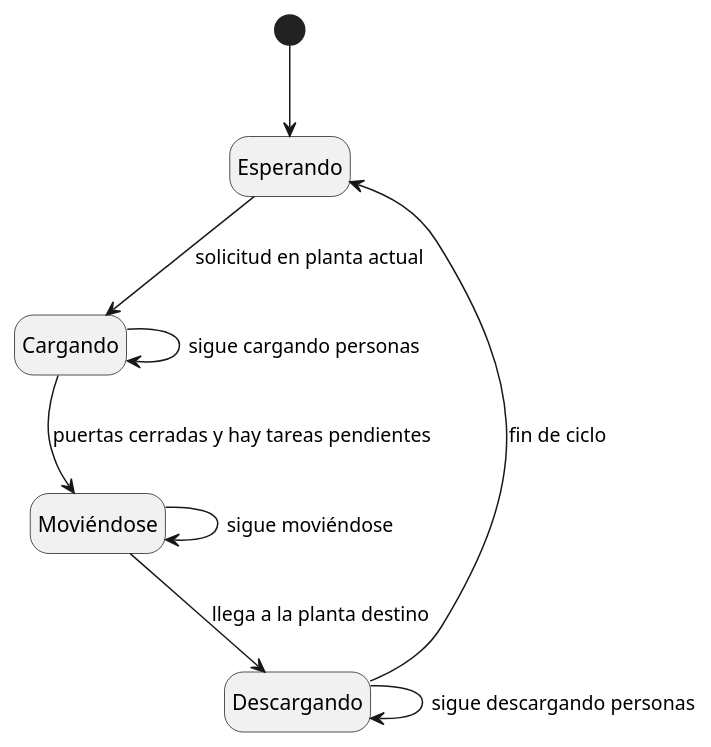
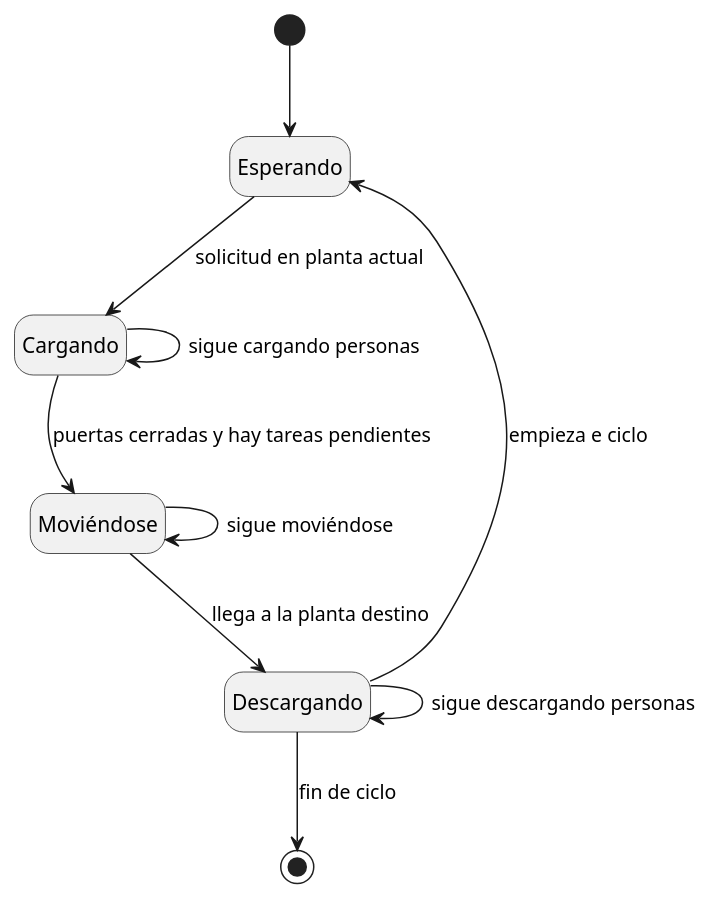
The diagram in modelosUML/MdD/DiagramaEstados/DiagramaEstadosAscensor.puml (celiabecerril/24-25-IdSw2-SDD), drawn with PlantUML before and after one commit. The commit also changed 3 other files, not shown here.

Commit message:
Actualización diagramas

```diff
--- a/modelosUML/MdD/DiagramaEstados/DiagramaEstadosAscensor.puml
+++ b/modelosUML/MdD/DiagramaEstados/DiagramaEstadosAscensor.puml
@@ -1,15 +1,16 @@
 @startuml
 ' Diagrama de Estados: Ascensor
 hide empty description
 
 [*] --> Esperando
 
 Esperando --> Cargando : solicitud en planta actual
 Cargando --> Moviéndose : puertas cerradas y hay tareas pendientes
 Moviéndose --> Descargando : llega a la planta destino
-Descargando --> Esperando : fin de ciclo
+Descargando --> Esperando : empieza e ciclo
 
 Moviéndose --> Moviéndose : sigue moviéndose
 Cargando --> Cargando : sigue cargando personas
 Descargando --> Descargando : sigue descargando personas
+Descargando --> [*]: fin de ciclo
 @enduml
```
